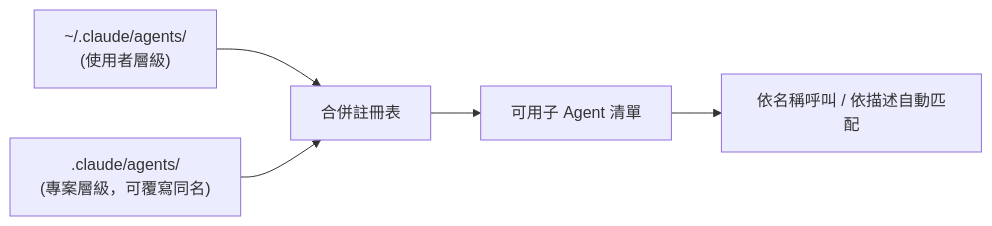
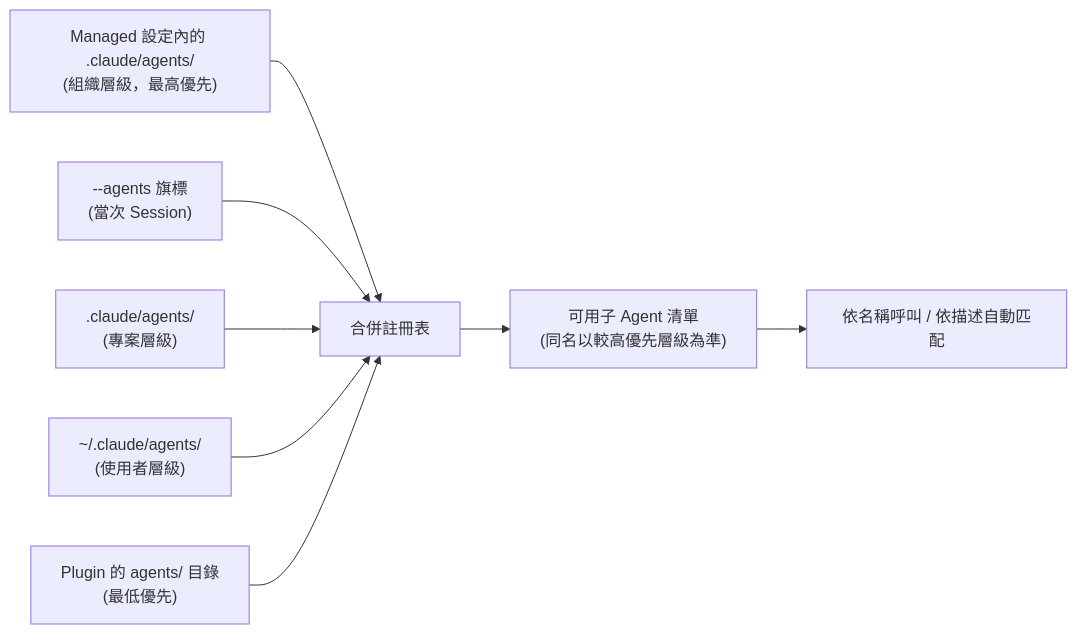
One commit to chihhung/Blog changed diagram 13 of 33 in content/posts/教學/AI開發/claude code cli 教學手冊.md. Above: the diagram before and after it, drawn with Mermaid. The commit also changed other lines of this file and 1 other file, not shown here.

````diff
--- a/content/posts/教學/AI開發/claude code cli 教學手冊.md
+++ b/content/posts/教學/AI開發/claude code cli 教學手冊.md
@@ -940,7 +1148,10 @@
 ```mermaid
 flowchart LR
-    UserDir["~/.claude/agents/<br/>(使用者層級)"] --> Merge["合併註冊表"]
-    ProjectDir[".claude/agents/<br/>(專案層級，可覆寫同名)"] --> Merge
-    Merge --> Registry["可用子 Agent 清單"]
+    Managed["Managed 設定內的 .claude/agents/<br/>(組織層級，最高優先)"] --> Merge["合併註冊表"]
+    CliFlag["--agents 旗標<br/>(當次 Session)"] --> Merge
+    ProjectDir[".claude/agents/<br/>(專案層級)"] --> Merge
+    UserDir["~/.claude/agents/<br/>(使用者層級)"] --> Merge
+    PluginDir["Plugin 的 agents/ 目錄<br/>(最低優先)"] --> Merge
+    Merge --> Registry["可用子 Agent 清單<br/>(同名以較高優先層級為準)"]
     Registry --> Invoke["依名稱呼叫 / 依描述自動匹配"]
 ```
````
